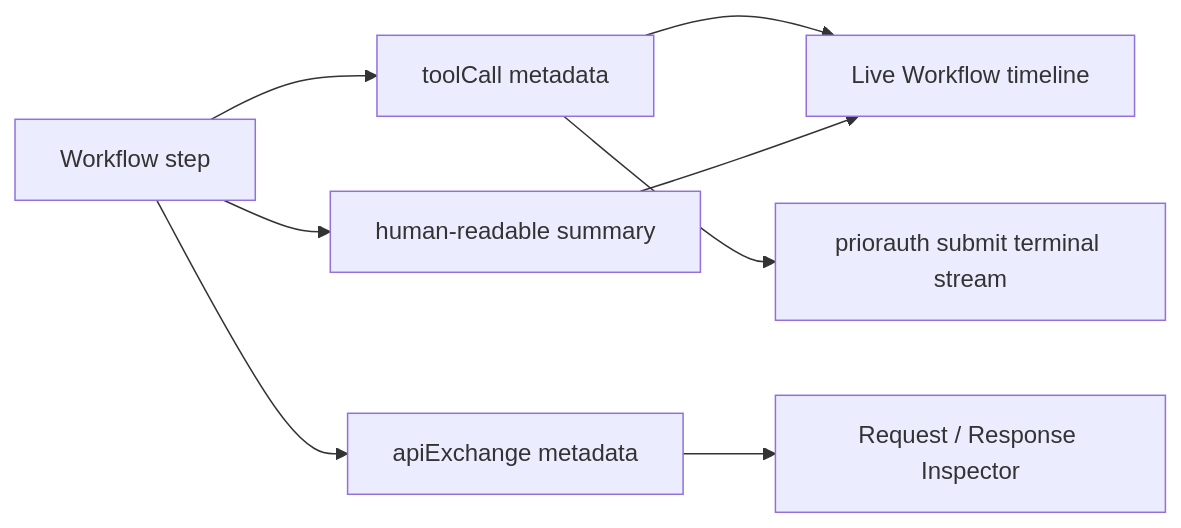
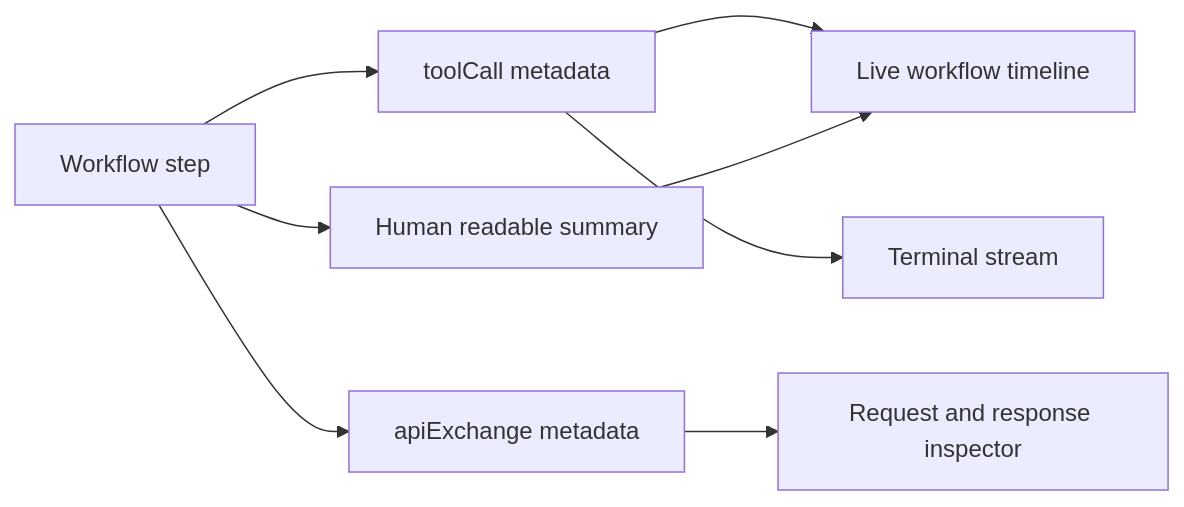
One commit to roshaninfordham/healthagentpassport changed the fourth of 6 diagrams in docs/architecture.md. Above: the diagram before and after it, drawn with Mermaid. The commit also changed other lines of this file and 14 other files, not shown here.

Commit message:
Fix GitHub diagrams and simplify landing page

````diff
--- a/docs/architecture.md
+++ b/docs/architecture.md
@@ -83,10 +83,10 @@
 ```mermaid
 flowchart LR
-  Step[Workflow step] --> Tool[toolCall metadata]
-  Step --> Api[apiExchange metadata]
-  Step --> Summary[human-readable summary]
-  Tool --> Timeline[Live Workflow timeline]
-  Api --> Inspector[Request / Response Inspector]
-  Tool --> CLI[priorauth submit terminal stream]
+  Step["Workflow step"] --> Tool["toolCall metadata"]
+  Step --> Api["apiExchange metadata"]
+  Step --> Summary["Human readable summary"]
+  Tool --> Timeline["Live workflow timeline"]
+  Api --> Inspector["Request and response inspector"]
+  Tool --> CLI["Terminal stream"]
   Summary --> Timeline
 ```
````
